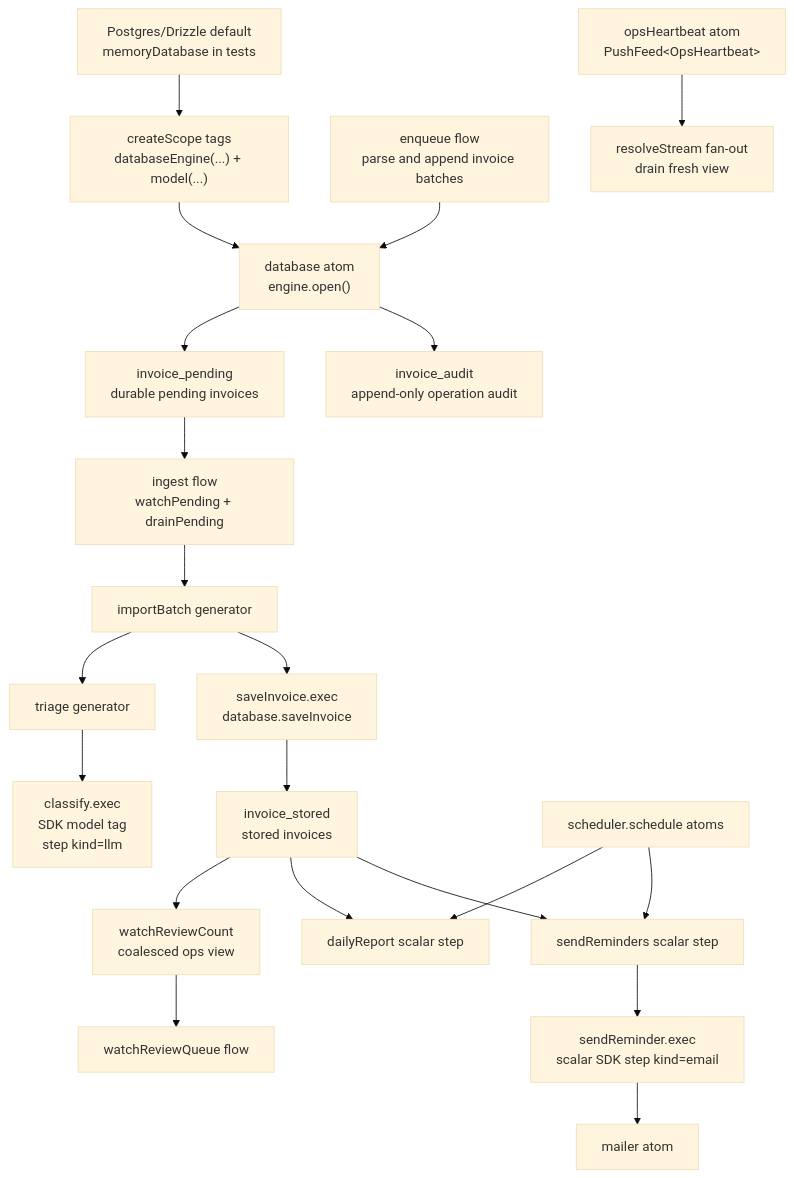
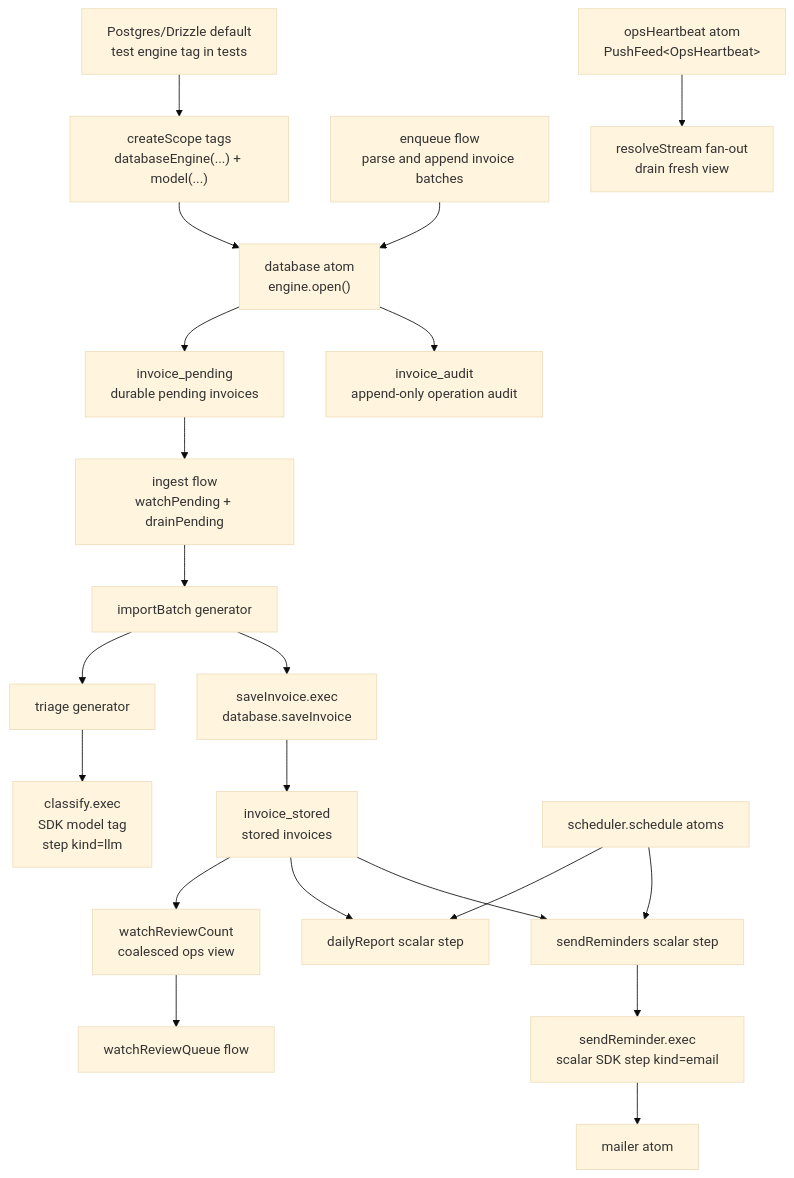
One commit to pumped-fn/pumped-fn changed the diagram in examples/invoice-triage/README.md. Above: the diagram before and after it, drawn with Mermaid (base theme). The commit also changed other lines of this file and 10 other files, not shown here.

````diff
--- a/examples/invoice-triage/README.md
+++ b/examples/invoice-triage/README.md
@@ -19,23 +19,23 @@
 ```mermaid
 flowchart TD
   Root["createScope tags<br/>databaseEngine(...) + model(...)"] --> Database["database atom<br/>engine.open()"]
-  Engine["Postgres/Drizzle default<br/>memoryDatabase in tests"] --> Root
+  Engine["Postgres/Drizzle default<br/>test engine tag in tests"] --> Root
   Producer["enqueue flow<br/>parse and append invoice batches"] --> Database
   Database --> Pending["invoice_pending<br/>durable pending invoices"]
   Pending --> Ingest["ingest flow<br/>watchPending + drainPending"]
   Ingest --> Import["importBatch generator"]
   Import --> Triage["triage generator"]
   Triage --> Classify["classify.exec<br/>SDK model tag<br/>step kind=llm"]
   Import --> Save["saveInvoice.exec<br/>database.saveInvoice"]
   Save --> Stored["invoice_stored<br/>stored invoices"]
   Database --> Audit["invoice_audit<br/>append-only operation audit"]
   Stored --> Review["watchReviewCount<br/>coalesced ops view"]
   Review --> Ops["watchReviewQueue flow"]
   Heartbeat["opsHeartbeat atom<br/>PushFeed&lt;OpsHeartbeat&gt;"] --> Views["resolveStream fan-out<br/>drain fresh view"]
   Scheduler["scheduler.schedule atoms"] --> Report["dailyReport scalar step"]
   Scheduler --> Reminders["sendReminders scalar step"]
   Reminders --> SendOne["sendReminder.exec<br/>scalar SDK step kind=email"]
   SendOne --> Mailer["mailer atom"]
   Stored --> Report
   Stored --> Reminders
 ```
````
